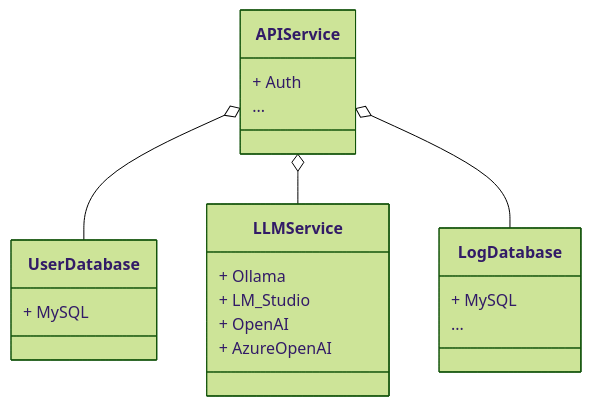
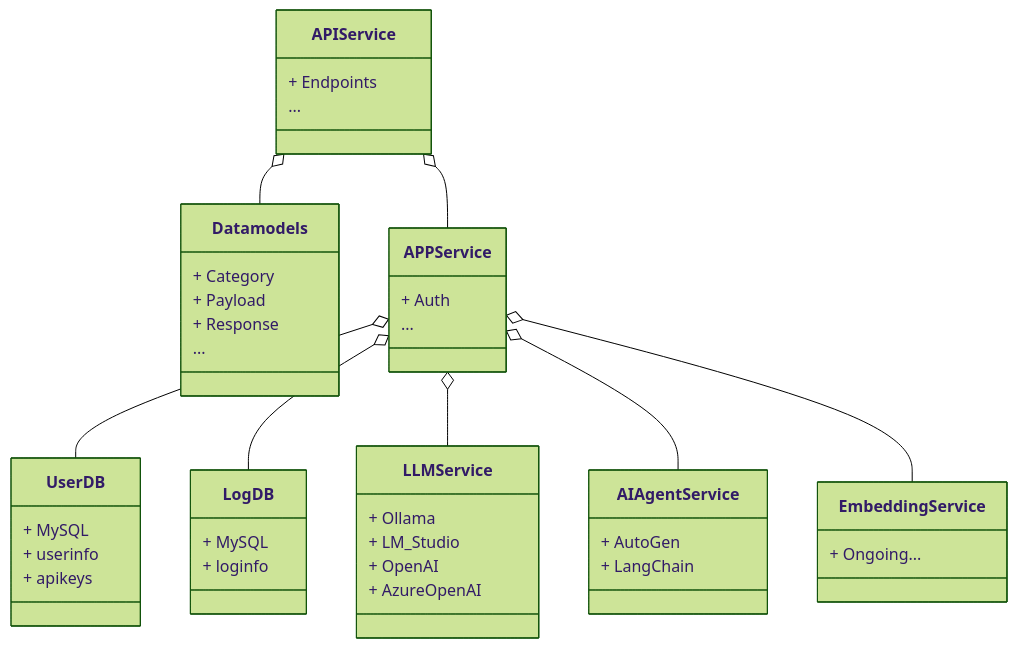
The diagram in docs/archi.md (CellCS/AI-APIService-Starter), drawn with Mermaid (forest theme) before and after one commit.

Commit message:
update archi md

````diff
--- a/docs/archi.md
+++ b/docs/archi.md
@@ -7,26 +7,54 @@
 ```mermaid
 classDiagram
-      APIService o--  UserDatabase
-      APIService o--  LLMService
-      APIService o--  LogDatabase
+      APIService o--  Datamodels
+      APIService o--  APPService
+
+      APPService o--  UserDB
+      APPService o--  LogDB
+      APPService o--  LLMService
+      APPService o--  AIAgentService
+      APPService o--  EmbeddingService
       
       class APIService{
+          + Endpoints
+          ...
+      }
+      class Datamodels{
+          + Category
+          + Payload
+          + Response
+          ...
+      }
+      
+      class APPService{
           + Auth
           ...
       }
 
-      class UserDatabase{
+      class UserDB{
           + MySQL
+          + userinfo
+          + apikeys
       }
+      class LogDB{
+          + MySQL
+          + loginfo
+      }
+
       class LLMService{
           + Ollama
           + LM_Studio
           + OpenAI
           + AzureOpenAI
       }
-      class LogDatabase{
-          + MySQL
-          ...
+
+      class AIAgentService {
+          + AutoGen
+          + LangChain
+      }
+
+      class EmbeddingService {
+          + Ongoing...
       }
 
 ```
````
